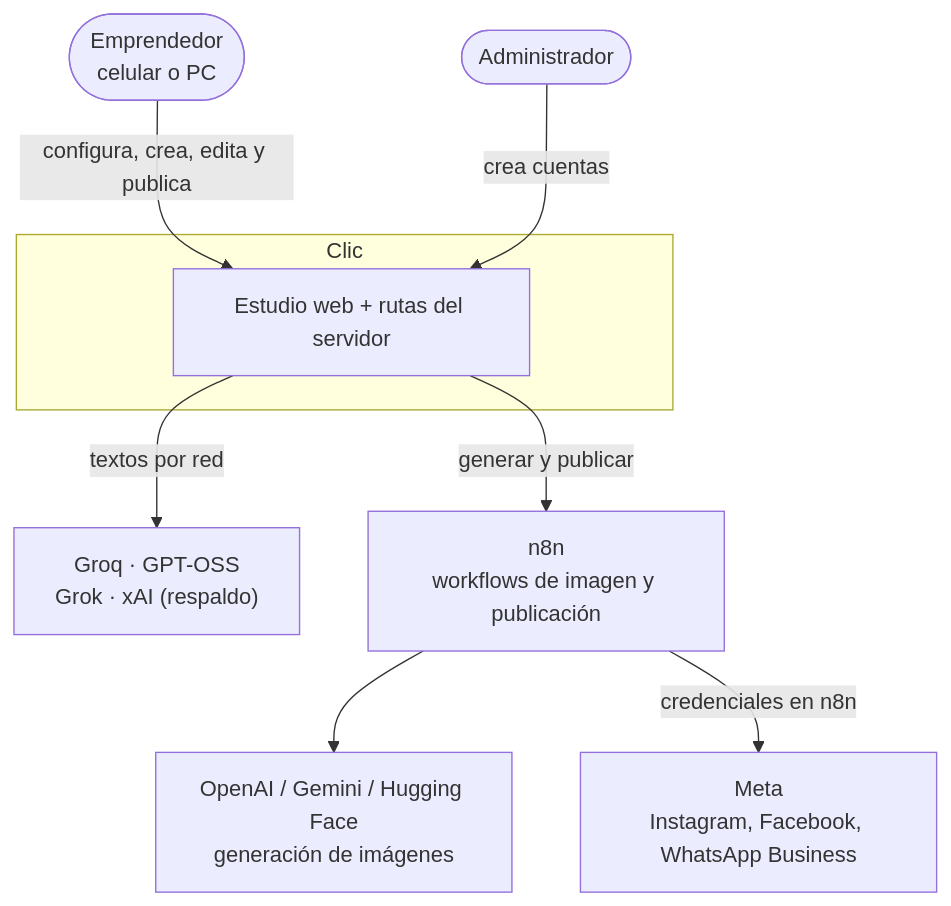
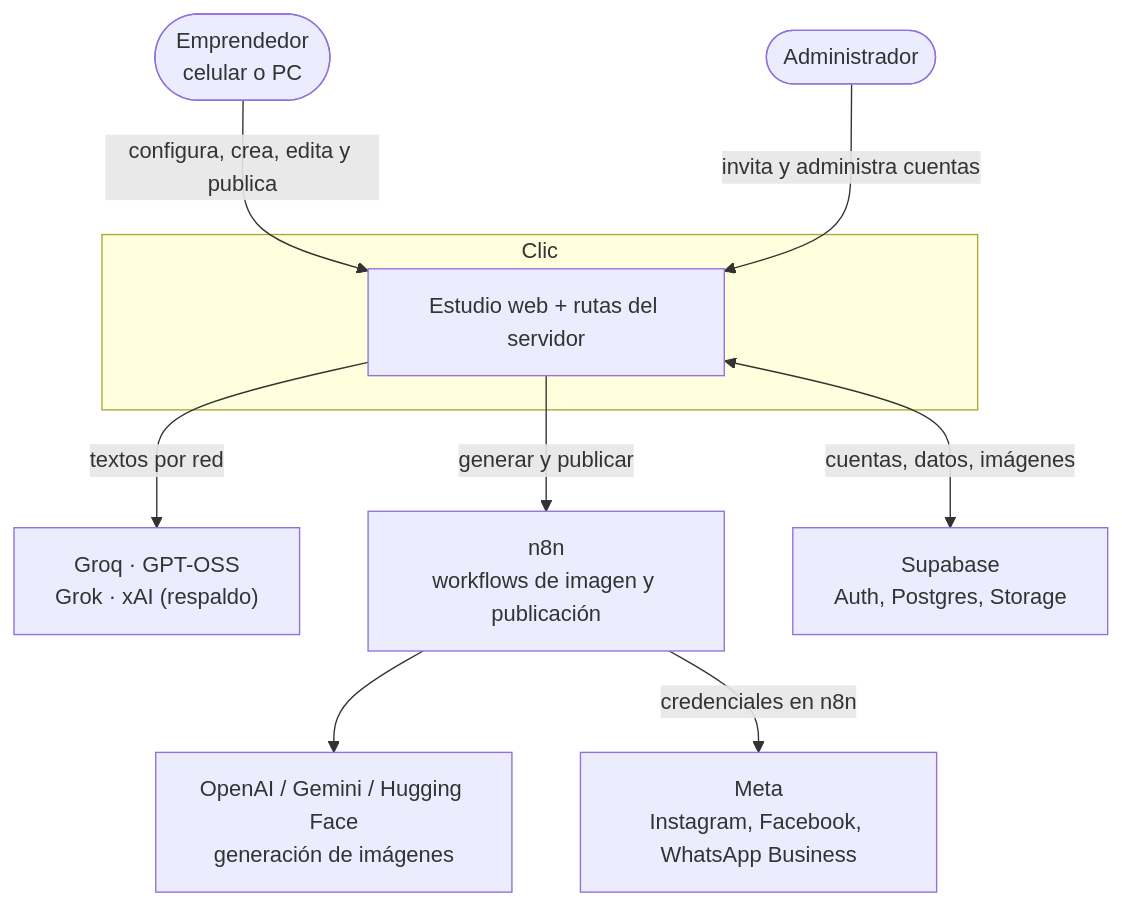
Before and after one commit to JeffersonVargasH/proj-automatizacion: the first of 14 diagrams in README.md, drawn with Mermaid. The commit also changed other lines of this file and 177 other files, not shown here.

````diff
--- a/README.md
+++ b/README.md
@@ -208,21 +219,23 @@
 ```mermaid
 flowchart TB
   emp(["Emprendedor<br/>celular o PC"])
   adm(["Administrador"])
 
   subgraph CLIC["Clic"]
     app["Estudio web + rutas del servidor"]
   end
 
   llm["Groq · GPT-OSS<br/>Grok · xAI (respaldo)"]
   n8n["n8n<br/>workflows de imagen y publicación"]
   img["OpenAI / Gemini / Hugging Face<br/>generación de imágenes"]
   meta["Meta<br/>Instagram, Facebook, WhatsApp Business"]
 
   emp -->|"configura, crea, edita y publica"| app
-  adm -->|"crea cuentas"| app
+  adm -->|"invita y administra cuentas"| app
+  sb["Supabase<br/>Auth, Postgres, Storage"]
+  app <-->|"cuentas, datos, imágenes"| sb
   app -->|"textos por red"| llm
   app -->|"generar y publicar"| n8n
   n8n --> img
   n8n -->|"credenciales en n8n"| meta
 ```
````
